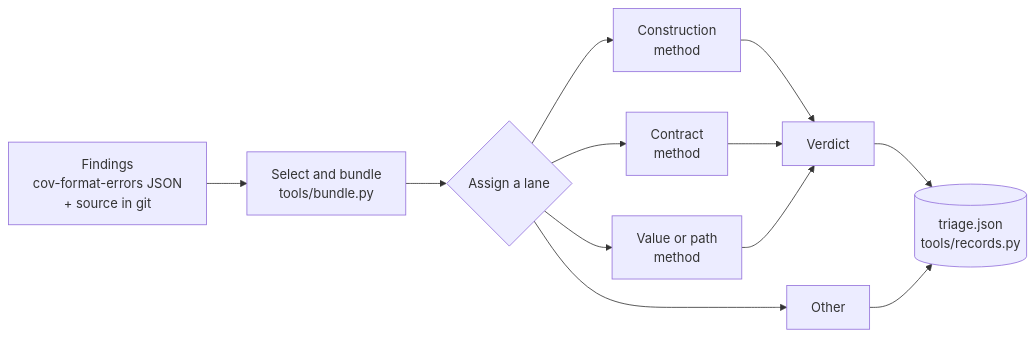
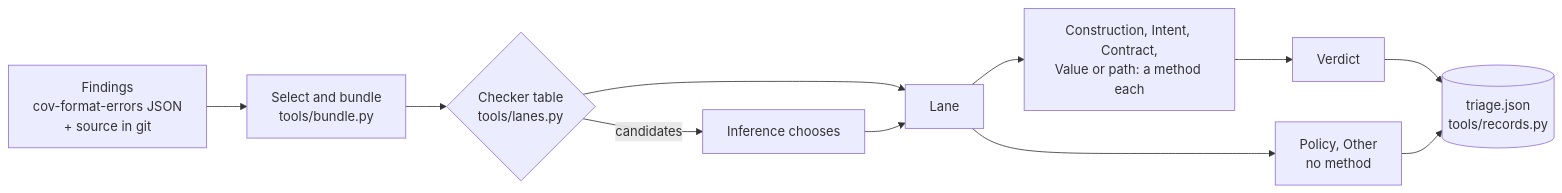
Before and after one commit to edtice-goog/CoveritySkills: the diagram in coverity-triage/README.md, drawn with Mermaid. The commit also changed other lines of this file and 10 other files, not shown here.

````diff
--- a/coverity-triage/README.md
+++ b/coverity-triage/README.md
@@ -25,12 +35,13 @@
 ```mermaid
 flowchart LR
     F["Findings<br/>cov-format-errors JSON<br/>+ source in git"] --> S["Select and bundle<br/>tools/bundle.py"]
-    S --> A{"Assign a lane"}
-    A --> C1["Construction<br/>method"]
-    A --> C2["Contract<br/>method"]
-    A --> C3["Value or path<br/>method"]
-    A --> O["Other"]
-    C1 & C2 & C3 --> V["Verdict"]
+    S --> T{"Checker table<br/>tools/lanes.py"}
+    T -->|"candidates"| A["Inference chooses"]
+    T --> L["Lane"]
+    A --> L
+    L --> M["Construction, Intent, Contract,<br/>Value or path: a method each"]
+    L --> P["Policy, Other<br/>no method"]
+    M --> V["Verdict"]
     V --> R[("triage.json<br/>tools/records.py")]
-    O --> R
+    P --> R
 ```
````
